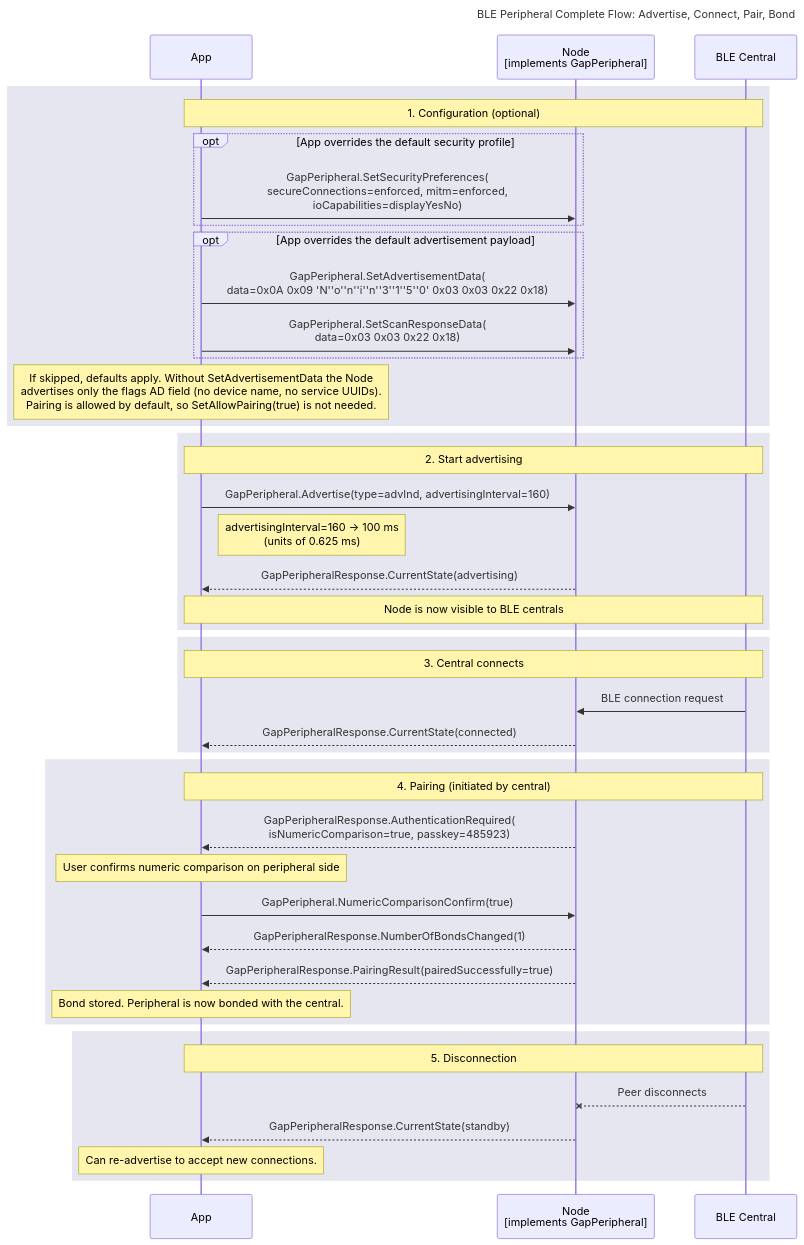
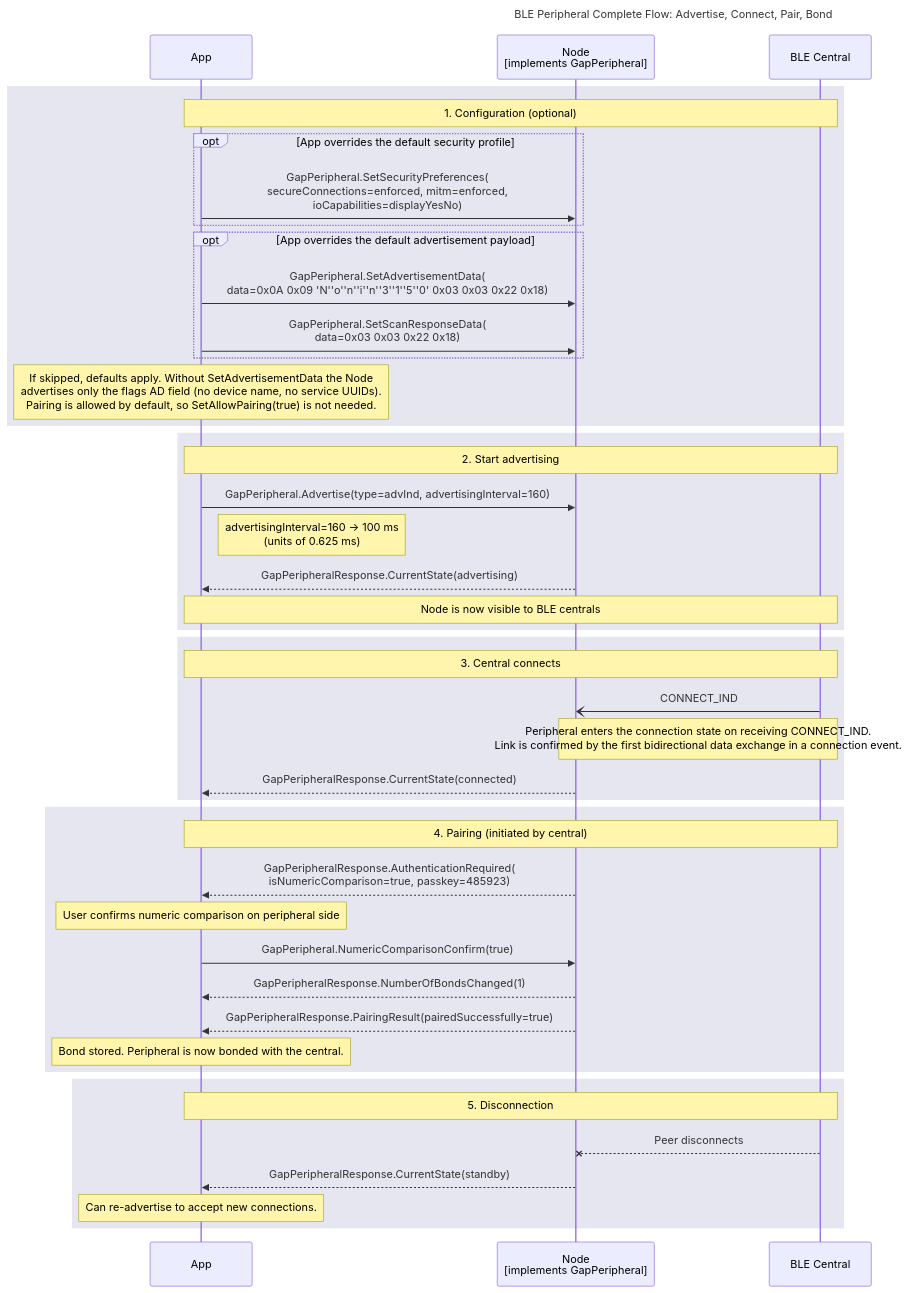
Before and after one commit to philips-software/amp-embedded-infra-lib: the diagram in documents/modules/ROOT/partials/echoservices/composite_flows/PeripheralRole_CompleteFlow_sequence.mmd, drawn with Mermaid. The commit also changed 5 other files, not shown here.

Commit message:
CONNECT_IND assumption when connected

```diff
--- a/documents/modules/ROOT/partials/echoservices/composite_flows/PeripheralRole_CompleteFlow_sequence.mmd
+++ b/documents/modules/ROOT/partials/echoservices/composite_flows/PeripheralRole_CompleteFlow_sequence.mmd
@@ -1,54 +1,55 @@
 sequenceDiagram
     title BLE Peripheral Complete Flow: Advertise, Connect, Pair, Bond
 
     participant App as App
     participant Node as Node<br>[implements GapPeripheral]
     participant Central as BLE Central
 
     rect rgb(230, 230, 240)
         note over App, Central: 1. Configuration (optional)
         opt App overrides the default security profile
             App->>Node: GapPeripheral.SetSecurityPreferences(<br>secureConnections=enforced, mitm=enforced,<br>ioCapabilities=displayYesNo)
         end
         opt App overrides the default advertisement payload
             App->>Node: GapPeripheral.SetAdvertisementData(<br>data=0x0A 0x09 'N''o''n''i''n''3''1''5''0' 0x03 0x03 0x22 0x18)
             App->>Node: GapPeripheral.SetScanResponseData(<br>data=0x03 0x03 0x22 0x18)
         end
         Note over App: If skipped, defaults apply. Without SetAdvertisementData the Node<br>advertises only the flags AD field (no device name, no service UUIDs).<br>Pairing is allowed by default, so SetAllowPairing(true) is not needed.
     end
 
     rect rgb(230, 230, 240)
         note over App, Central: 2. Start advertising
         App->>Node: GapPeripheral.Advertise(type=advInd, advertisingInterval=160)
         Note right of App: advertisingInterval=160 -> 100 ms<br>(units of 0.625 ms)
         Node-->>App: GapPeripheralResponse.CurrentState(advertising)
 
         Note over App, Central: Node is now visible to BLE centrals
     end
 
     rect rgb(230, 230, 240)
         note over App, Central: 3. Central connects
-        Central->>Node: BLE connection request
+        Central-)Node: CONNECT_IND
+        Note over Node, Central: Peripheral enters the connection state on receiving CONNECT_IND.<br>Link is confirmed by the first bidirectional data exchange in a connection event.
         Node-->>App: GapPeripheralResponse.CurrentState(connected)
     end
 
     rect rgb(230, 230, 240)
         note over App, Central: 4. Pairing (initiated by central)
         Node-->>App: GapPeripheralResponse.AuthenticationRequired(<br>isNumericComparison=true, passkey=485923)
 
         Note over App: User confirms numeric comparison on peripheral side
 
         App->>Node: GapPeripheral.NumericComparisonConfirm(true)
         Node-->>App: GapPeripheralResponse.NumberOfBondsChanged(1)
         Node-->>App: GapPeripheralResponse.PairingResult(pairedSuccessfully=true)
 
         Note over App: Bond stored. Peripheral is now bonded with the central.
     end
 
     rect rgb(230, 230, 240)
         note over App, Central: 5. Disconnection
         Central--xNode: Peer disconnects
         Node-->>App: GapPeripheralResponse.CurrentState(standby)
 
         Note over App: Can re-advertise to accept new connections.
     end
```
